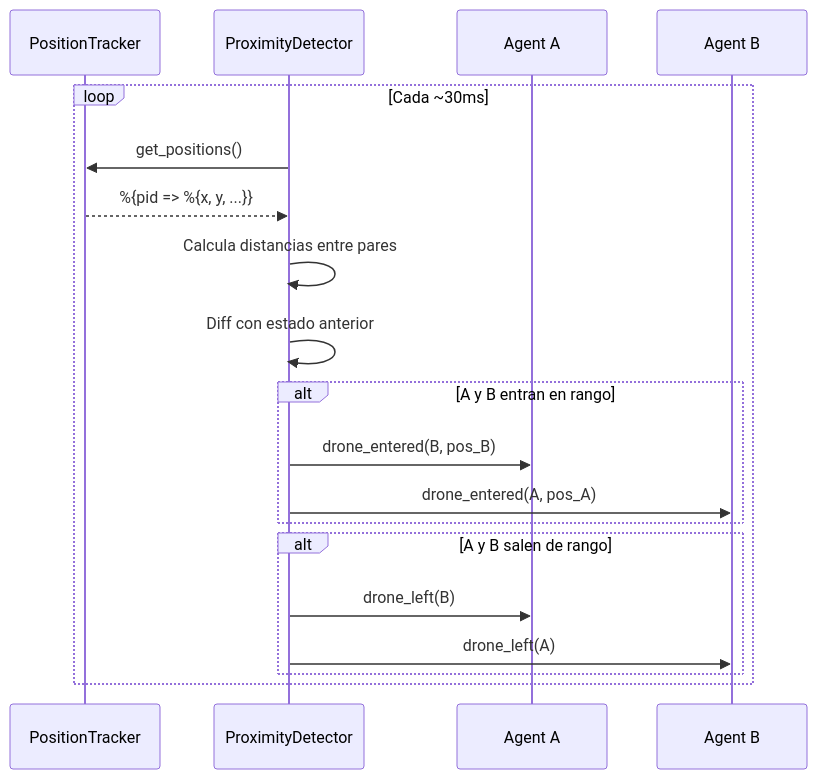
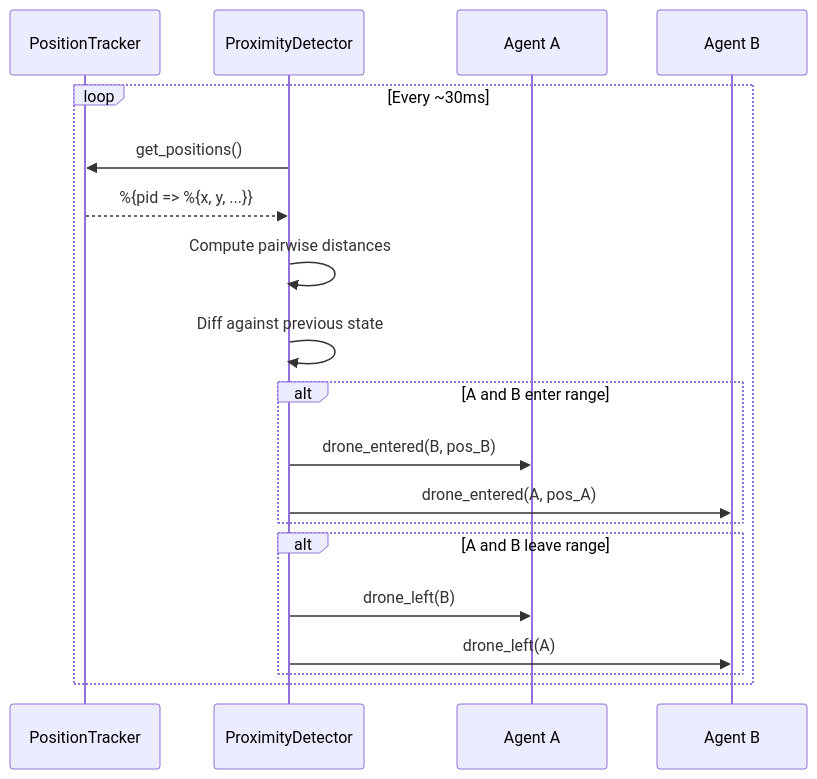
The second of 4 diagrams in docs/core/environment.md (FLAGlab/Elixir-Swarm-Simulator), drawn with Mermaid before and after one commit. The commit also changed other lines of this file and 40 other files, not shown here.

````diff
--- a/docs/core/environment.md
+++ b/docs/core/environment.md
@@ -41,23 +41,23 @@
 ```mermaid
 sequenceDiagram
     participant PT as PositionTracker
     participant PD as ProximityDetector
     participant A as Agent A
     participant B as Agent B
 
-    loop Cada ~30ms
+    loop Every ~30ms
         PD->>PT: get_positions()
         PT-->>PD: %{pid => %{x, y, ...}}
-        PD->>PD: Calcula distancias entre pares
-        PD->>PD: Diff con estado anterior
+        PD->>PD: Compute pairwise distances
+        PD->>PD: Diff against previous state
 
-        alt A y B entran en rango
+        alt A and B enter range
             PD->>A: drone_entered(B, pos_B)
             PD->>B: drone_entered(A, pos_A)
         end
-        alt A y B salen de rango
+        alt A and B leave range
             PD->>A: drone_left(B)
             PD->>B: drone_left(A)
         end
     end
 ```
````
